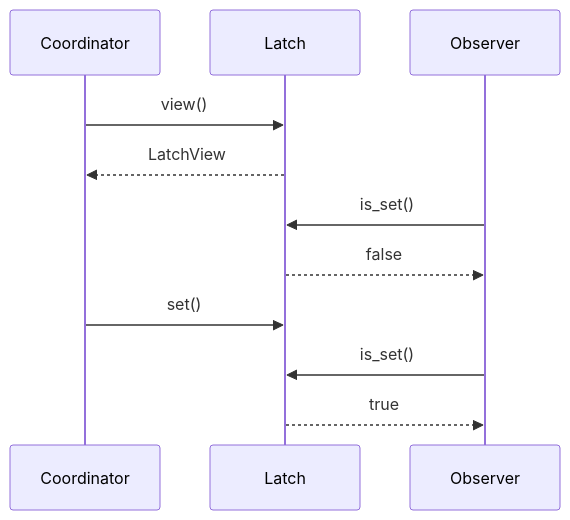
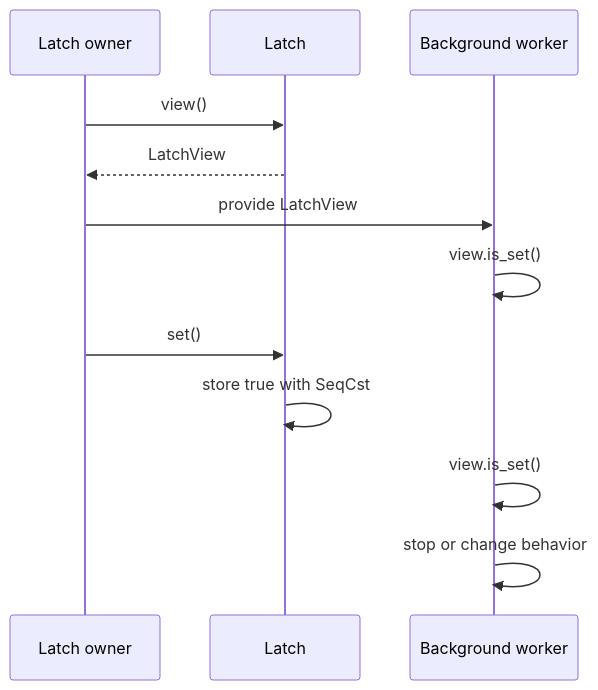
Before and after one commit to flamingo-stack/openframe-oss-tenant: the third of 3 diagrams in docs/reference/architecture/openframe-client-core/utils-latch/utils-latch.md, drawn with Mermaid. The commit also changed other lines of this file and 2377 other files, not shown here.

````diff
--- a/docs/reference/architecture/openframe-client-core/utils-latch/utils-latch.md
+++ b/docs/reference/architecture/openframe-client-core/utils-latch/utils-latch.md
@@ -64,13 +68,14 @@
 ```mermaid
 sequenceDiagram
-    participant Coordinator
-    participant Latch
-    participant Observer
-    Coordinator->>Latch: view()
-    Latch-->>Coordinator: LatchView
-    Observer->>Latch: is_set()
-    Latch-->>Observer: false
-    Coordinator->>Latch: set()
-    Observer->>Latch: is_set()
-    Latch-->>Observer: true
+    participant Owner as Latch owner
+    participant Latch as Latch
+    participant Worker as Background worker
+    Owner->>Latch: view()
+    Latch-->>Owner: LatchView
+    Owner->>Worker: provide LatchView
+    Worker->>Worker: view.is_set()
+    Owner->>Latch: set()
+    Latch->>Latch: store true with SeqCst
+    Worker->>Worker: view.is_set()
+    Worker->>Worker: stop or change behavior
 ```
````
